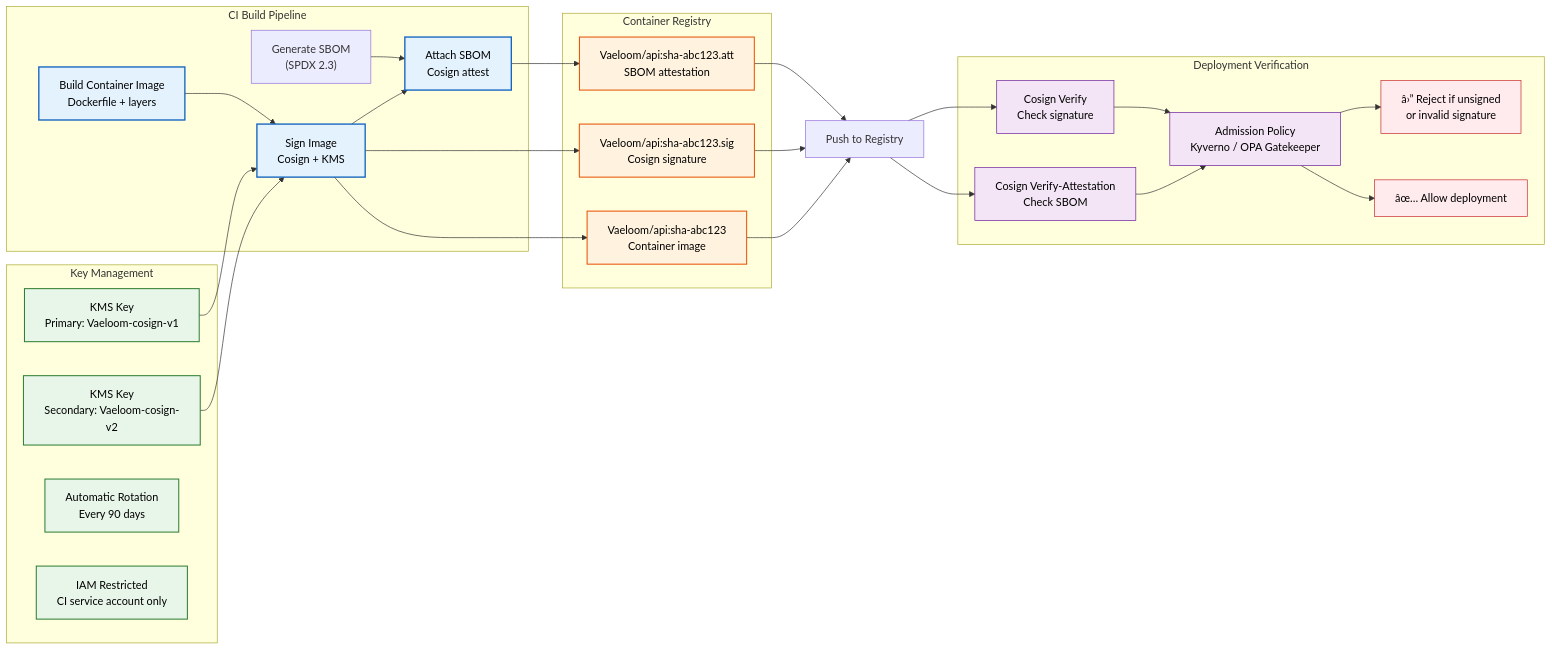
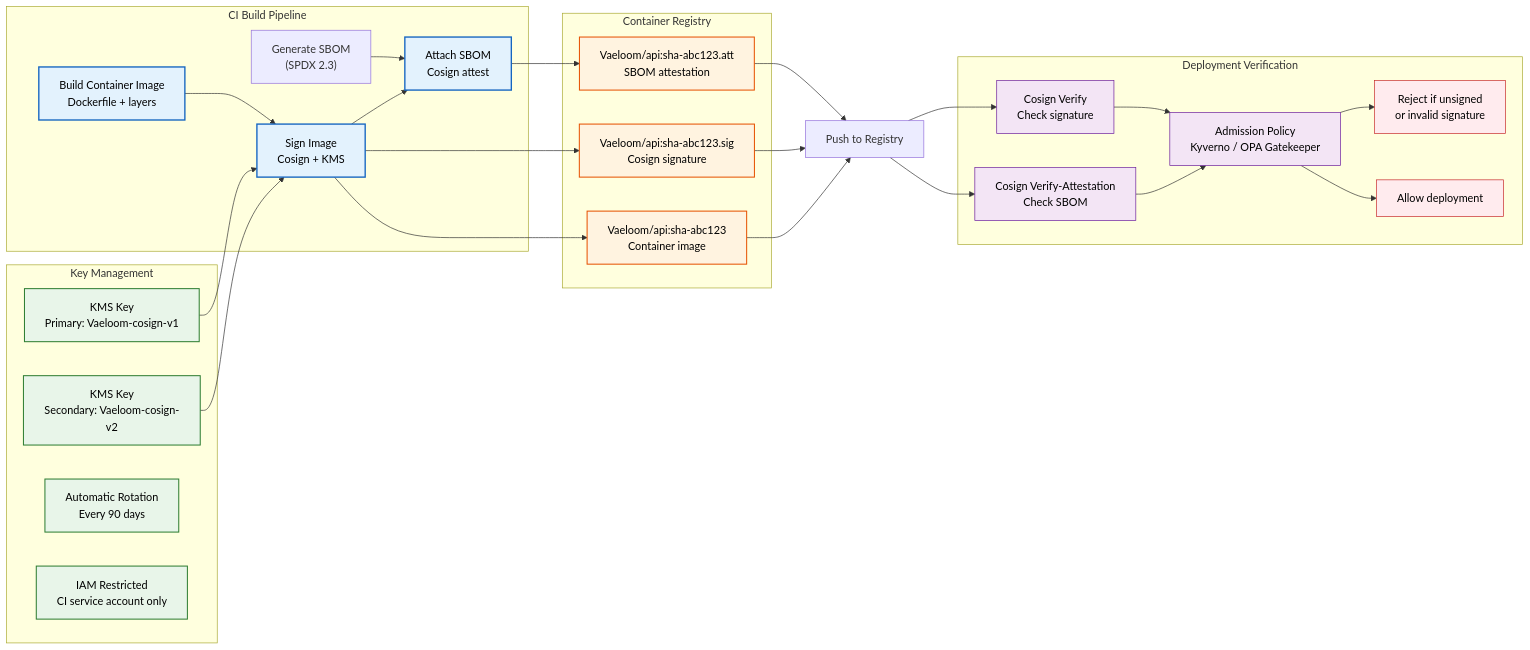
One commit to Driftloom/Vaeloom changed the first of 2 diagrams in docs/devops/Container-Signing.md. Above: the diagram before and after it, drawn with Mermaid. The commit also changed other lines of this file and 694 other files, not shown here.

First line of the commit message:
docs: mermaid standardization — encoding/mermaid/duplicate cleanup

````diff
--- a/docs/devops/Container-Signing.md
+++ b/docs/devops/Container-Signing.md
@@ -16,58 +16,58 @@
 ```mermaid
 graph LR
-    classDef build fill:#e3f2fd,stroke:#1565c0,color:#000,stroke-width:2px
-    classDef kms fill:#e8f5e9,stroke:#2e7d32,color:#000,stroke-width:1.5px
-    classDef reg fill:#fff3e0,stroke:#e65100,color:#000,stroke-width:1.5px
-    classDef verify fill:#f3e5f5,stroke:#6a1b9a,color:#000,stroke-width:1px
-    classDef deploy fill:#ffebee,stroke:#c62828,color:#000,stroke-width:1px
+ classDef build fill:#e3f2fd,stroke:#1565c0,color:#000,stroke-width:2px
+ classDef kms fill:#e8f5e9,stroke:#2e7d32,color:#000,stroke-width:1.5px
+ classDef reg fill:#fff3e0,stroke:#e65100,color:#000,stroke-width:1.5px
+ classDef verify fill:#f3e5f5,stroke:#6a1b9a,color:#000,stroke-width:1px
+ classDef deploy fill:#ffebee,stroke:#c62828,color:#000,stroke-width:1px
 
-    subgraph Build["CI Build Pipeline"]
-        BUILD["Build Container Image<br/>Dockerfile + layers"]
-        SBOM["Generate SBOM<br/>(SPDX 2.3)"]
-        SIGN["Sign Image<br/>Cosign + KMS"]
-        ATTACH["Attach SBOM<br/>Cosign attest"]
-    end
+ subgraph Build["CI Build Pipeline"]
+ BUILD["Build Container Image<br/>Dockerfile + layers"]
+ SBOM["Generate SBOM<br/>(SPDX 2.3)"]
+ SIGN["Sign Image<br/>Cosign + KMS"]
+ ATTACH["Attach SBOM<br/>Cosign attest"]
+ end
 
-    subgraph KMS["Key Management"]
-        KEY1["KMS Key<br/>Primary: Vaeloom-cosign-v1"]
-        KEY2["KMS Key<br/>Secondary: Vaeloom-cosign-v2"]
-        ROTATION["Automatic Rotation<br/>Every 90 days"]
-        ACCESS["IAM Restricted<br/>CI service account only"]
-    end
+ subgraph KMS["Key Management"]
+ KEY1["KMS Key<br/>Primary: Vaeloom-cosign-v1"]
+ KEY2["KMS Key<br/>Secondary: Vaeloom-cosign-v2"]
+ ROTATION["Automatic Rotation<br/>Every 90 days"]
+ ACCESS["IAM Restricted<br/>CI service account only"]
+ end
 
-    subgraph Registry["Container Registry"]
-        IMG["Vaeloom/api:sha-abc123<br/>Container image"]
-        SIG["Vaeloom/api:sha-abc123.sig<br/>Cosign signature"]
-        ATT["Vaeloom/api:sha-abc123.att<br/>SBOM attestation"]
-    end
+ subgraph Registry["Container Registry"]
+ IMG["Vaeloom/api:sha-abc123<br/>Container image"]
+ SIG["Vaeloom/api:sha-abc123.sig<br/>Cosign signature"]
+ ATT["Vaeloom/api:sha-abc123.att<br/>SBOM attestation"]
+ end
 
-    subgraph Verify["Deployment Verification"]
-        POL["Admission Policy<br/>Kyverno / OPA Gatekeeper"]
-        VERIFY_IMG["Cosign Verify<br/>Check signature"]
-        VERIFY_ATT["Cosign Verify-Attestation<br/>Check SBOM"]
-        REJECT["â›” Reject if unsigned<br/>or invalid signature"]
-        APPROVE["âœ… Allow deployment"]
-    end
+ subgraph Verify["Deployment Verification"]
+ POL["Admission Policy<br/>Kyverno / OPA Gatekeeper"]
+ VERIFY_IMG["Cosign Verify<br/>Check signature"]
+ VERIFY_ATT["Cosign Verify-Attestation<br/>Check SBOM"]
+ REJECT["Reject if unsigned<br/>or invalid signature"]
+ APPROVE["Allow deployment"]
+ end
 
-    BUILD --> SIGN --> ATTACH
-    KEY1 & KEY2 --> SIGN
-    SIGN --> SIG
-    ATTACH --> ATT
-    SBOM --> ATTACH
-    SIGN --> IMG
-    SIG --> REGISTRY["Push to Registry"]
-    ATT --> REGISTRY
-    IMG --> REGISTRY
+ BUILD--> SIGN--> ATTACH
+ KEY1 & KEY2--> SIGN
+ SIGN--> SIG
+ ATTACH--> ATT
+ SBOM--> ATTACH
+ SIGN--> IMG
+ SIG--> REGISTRY["Push to Registry"]
+ ATT--> REGISTRY
+ IMG--> REGISTRY
 
-    REGISTRY --> VERIFY_IMG & VERIFY_ATT
-    VERIFY_IMG --> POL
-    VERIFY_ATT --> POL
-    POL --> REJECT
-    POL --> APPROVE
+ REGISTRY--> VERIFY_IMG & VERIFY_ATT
+ VERIFY_IMG--> POL
+ VERIFY_ATT--> POL
+ POL--> REJECT
+ POL--> APPROVE
 
-    class BUILD,SIGN,ATTACH build
-    class KEY1,KEY2,ROTATION,ACCESS kms
-    class IMG,SIG,ATT reg
-    class POL,VERIFY_IMG,VERIFY_ATT verify
-    class REJECT,APPROVE deploy
+ class BUILD,SIGN,ATTACH build
+ class KEY1,KEY2,ROTATION,ACCESS kms
+ class IMG,SIG,ATT reg
+ class POL,VERIFY_IMG,VERIFY_ATT verify
+ class REJECT,APPROVE deploy
 ```
````
